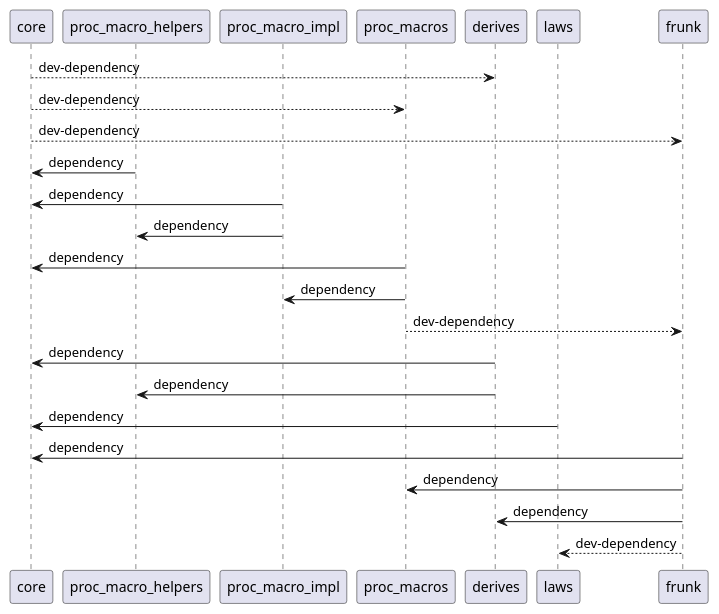
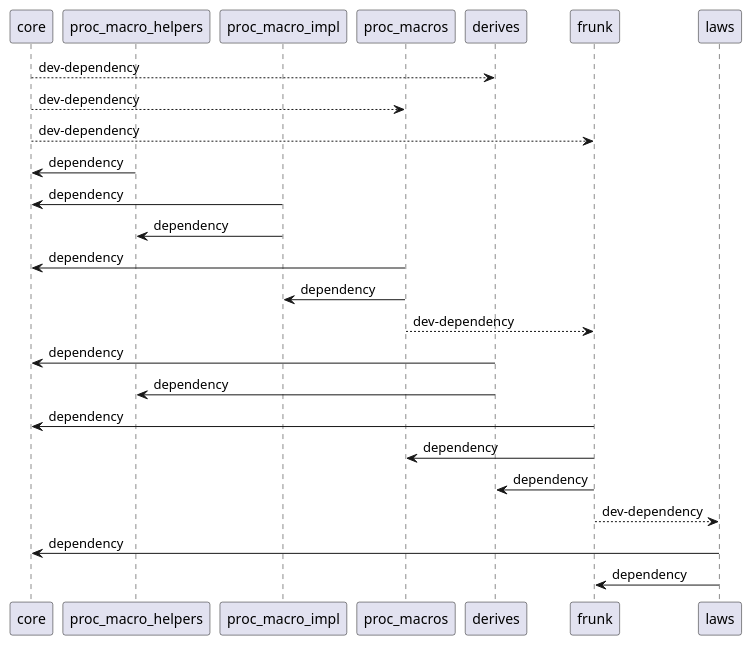
The diagram in dependency-graph.puml (lloydmeta/frunk), drawn with PlantUML before and after one commit. The commit also changed 8 other files, not shown here.

```diff
--- a/dependency-graph.puml
+++ b/dependency-graph.puml
@@ -1,32 +1,34 @@
 @startuml
 participant core as c
 participant proc_macro_helpers as pmh
 participant proc_macro_impl as pmi
 participant proc_macros as pm
 participant derives as d
+participant frunk as f
 participant laws as l
-participant frunk as f
 
 c --> d: dev-dependency
 c --> pm: dev-dependency
 c --> f: dev-dependency
 
 pmh -> c: dependency
 
 pmi -> c: dependency
 pmi -> pmh: dependency
 
 pm -> c: dependency
 pm -> pmi: dependency
 pm --> f: dev-dependency
 
 d -> c: dependency
 d -> pmh: dependency
 
-l -> c: dependency
-
 f -> c: dependency
 f -> pm: dependency
 f -> d: dependency
 f --> l: dev-dependency
+
+l -> c: dependency
+l -> f: dependency
+
 @enduml
```
